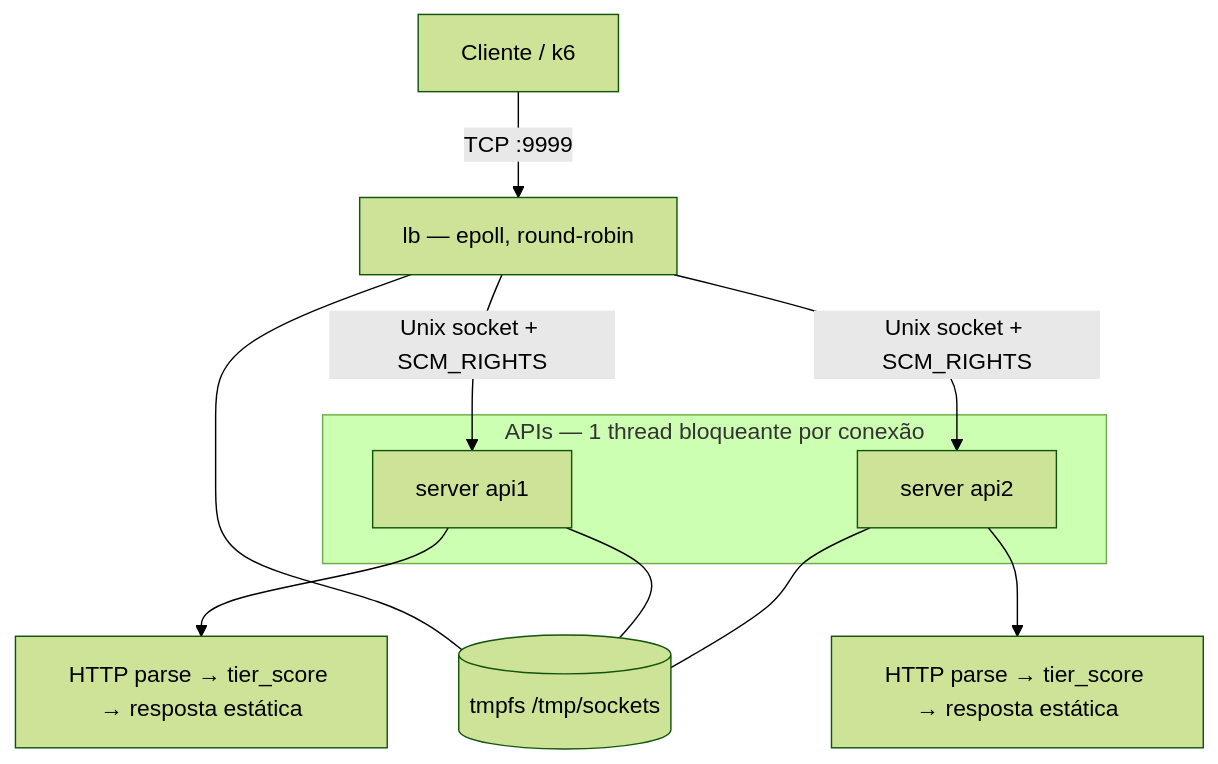
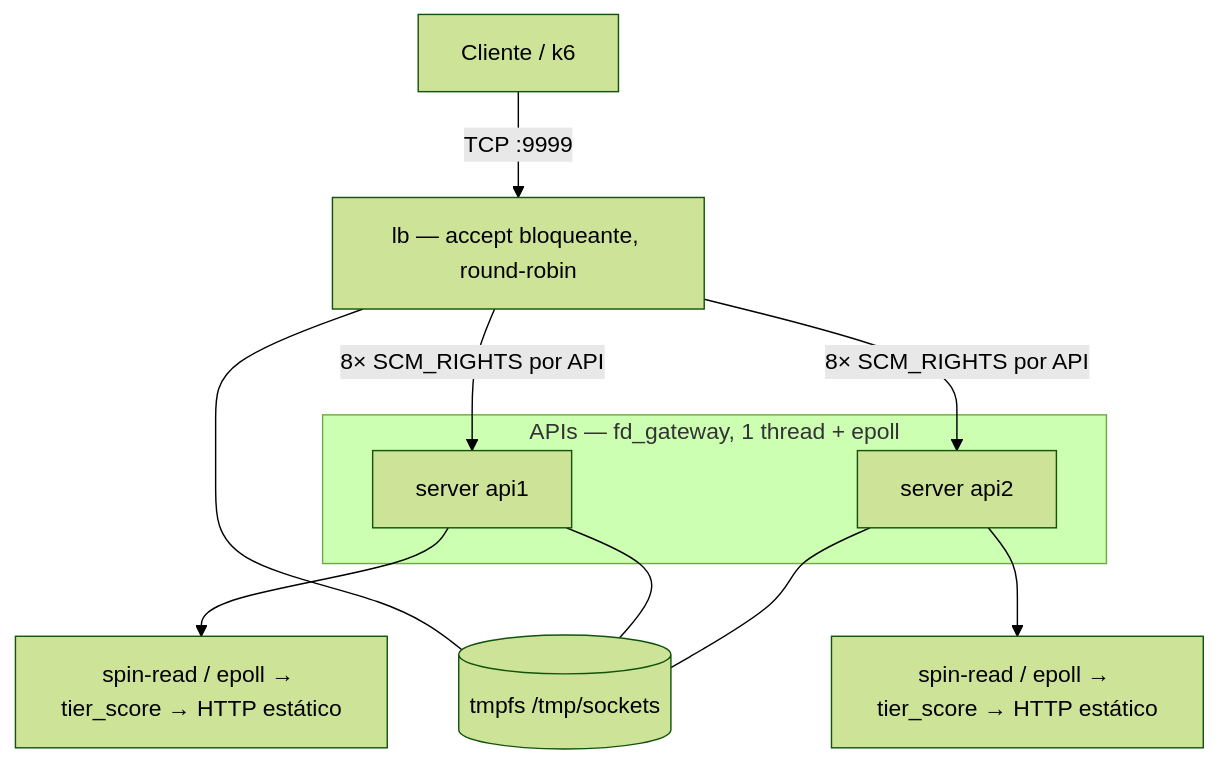
The first of 5 diagrams in README.md (sl4ureano/rinha2026), drawn with Mermaid (forest theme) before and after one commit. The commit also changed other lines of this file and 6 other files, not shown here.

````diff
--- a/README.md
+++ b/README.md
@@ -11,20 +11,20 @@
 ```mermaid
 flowchart TB
-    C[Cliente / k6] -->|TCP :9999| LB[lb — epoll, round-robin]
+    C[Cliente / k6] -->|TCP :9999| LB[lb — accept bloqueante, round-robin]
 
-    subgraph apis [APIs — 1 thread bloqueante por conexão]
+    subgraph apis [APIs — fd_gateway, 1 thread + epoll]
         API1[server api1]
         API2[server api2]
     end
 
-    LB -->|Unix socket + SCM_RIGHTS| API1
-    LB -->|Unix socket + SCM_RIGHTS| API2
+    LB -->|8× SCM_RIGHTS por API| API1
+    LB -->|8× SCM_RIGHTS por API| API2
 
-    API1 --> R1[HTTP parse → tier_score → resposta estática]
-    API2 --> R2[HTTP parse → tier_score → resposta estática]
+    API1 --> R1[spin-read / epoll → tier_score → HTTP estático]
+    API2 --> R2[spin-read / epoll → tier_score → HTTP estático]
 
     SOCK[(tmpfs /tmp/sockets)]
     LB --- SOCK
     API1 --- SOCK
     API2 --- SOCK
 ```
````
